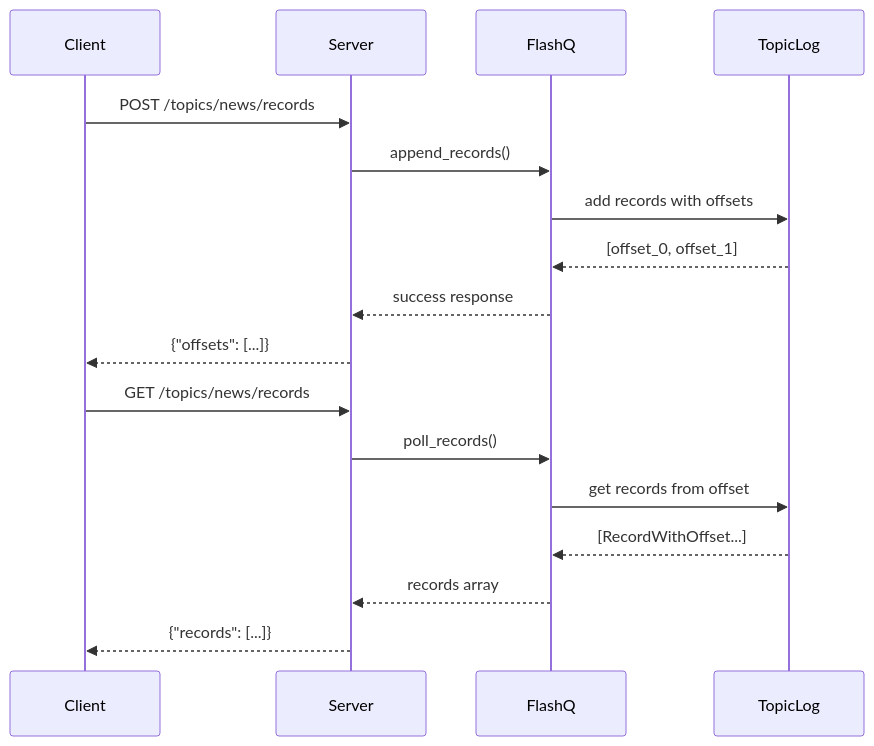
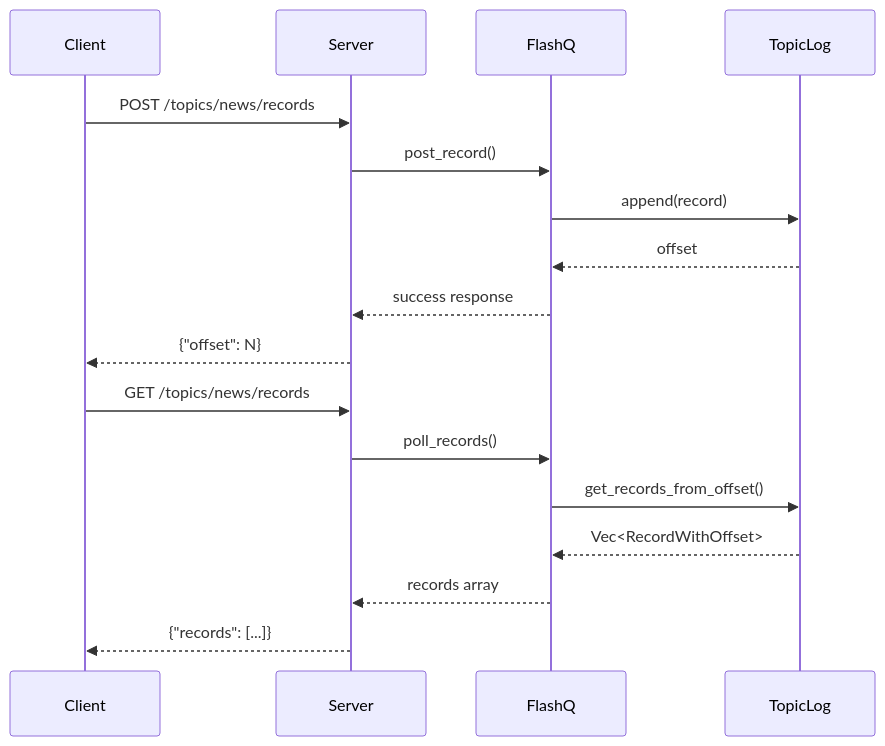
One commit to harshitmahapatra/flashq changed the second of 2 diagrams in docs/architecture.md. Above: the diagram before and after it, drawn with Mermaid. The commit also changed other lines of this file and 23 other files, not shown here.

````diff
--- a/docs/architecture.md
+++ b/docs/architecture.md
@@ -41,21 +46,21 @@
 ```mermaid
 sequenceDiagram
     participant C as Client
     participant S as Server  
     participant Q as FlashQ
     participant T as TopicLog
     
     C->>S: POST /topics/news/records
-    S->>Q: append_records()
-    Q->>T: add records with offsets
-    T-->>Q: [offset_0, offset_1]
+    S->>Q: post_record()
+    Q->>T: append(record)
+    T-->>Q: offset
     Q-->>S: success response
-    S-->>C: {"offsets": [...]}
+    S-->>C: {"offset": N}
     
     C->>S: GET /topics/news/records
     S->>Q: poll_records()  
-    Q->>T: get records from offset
-    T-->>Q: [RecordWithOffset...]
+    Q->>T: get_records_from_offset()
+    T-->>Q: Vec<RecordWithOffset>
     Q-->>S: records array
     S-->>C: {"records": [...]}
 ```
````
